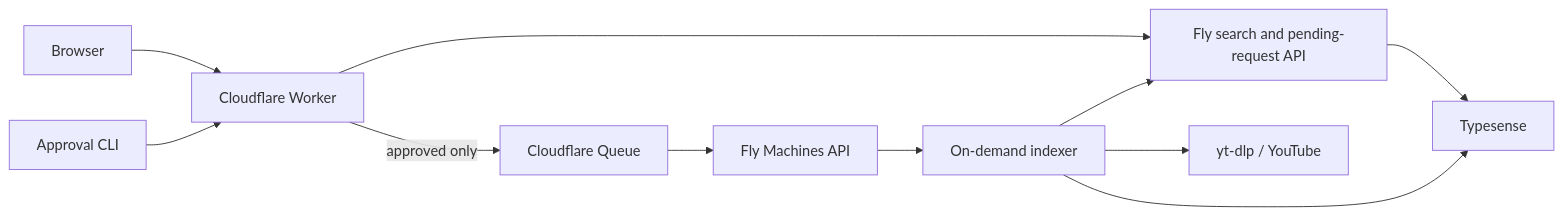
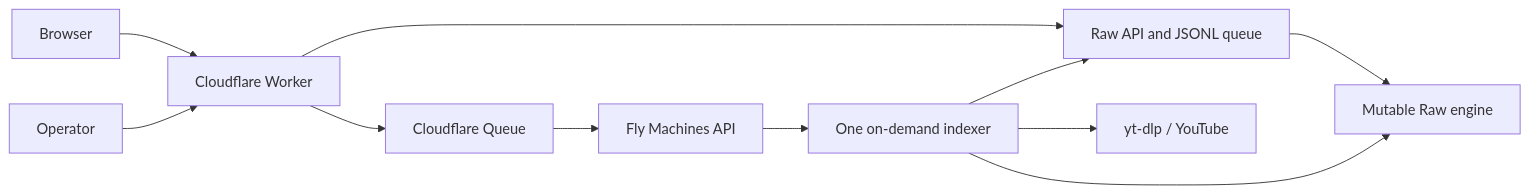
Before and after one commit to Priyansh4444/ytsearch: the diagram in docs/staging-architecture.md, drawn with Mermaid. The commit also changed other lines of this file and 9 other files, not shown here.

````diff
--- a/docs/staging-architecture.md
+++ b/docs/staging-architecture.md
@@ -17,13 +14,13 @@
 ```mermaid
 flowchart LR
   Browser --> Edge[Cloudflare Worker]
-  Edge --> API[Fly search and pending-request API]
-  API --> Engine[Typesense]
-  Operator[Approval CLI] --> Edge
-  Edge -->|approved only| Wake[Cloudflare Queue]
-  Wake --> Machine[Fly Machines API]
-  Machine --> Indexer[On-demand indexer]
+  Edge --> API[Raw API and JSONL queue]
+  API --> Engine[Mutable Raw engine]
+  Operator --> Edge
+  Edge --> Wake[Cloudflare Queue]
+  Wake --> Fly[Fly Machines API]
+  Fly --> Indexer[One on-demand indexer]
   Indexer --> YouTube[yt-dlp / YouTube]
   Indexer --> Engine
   Indexer --> API
 ```
````
